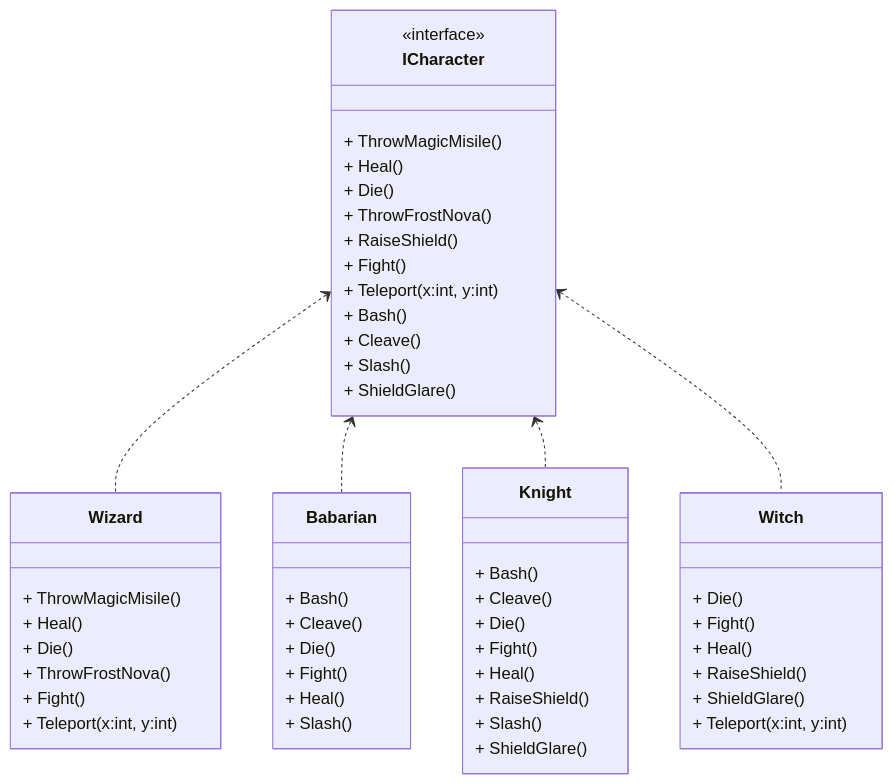
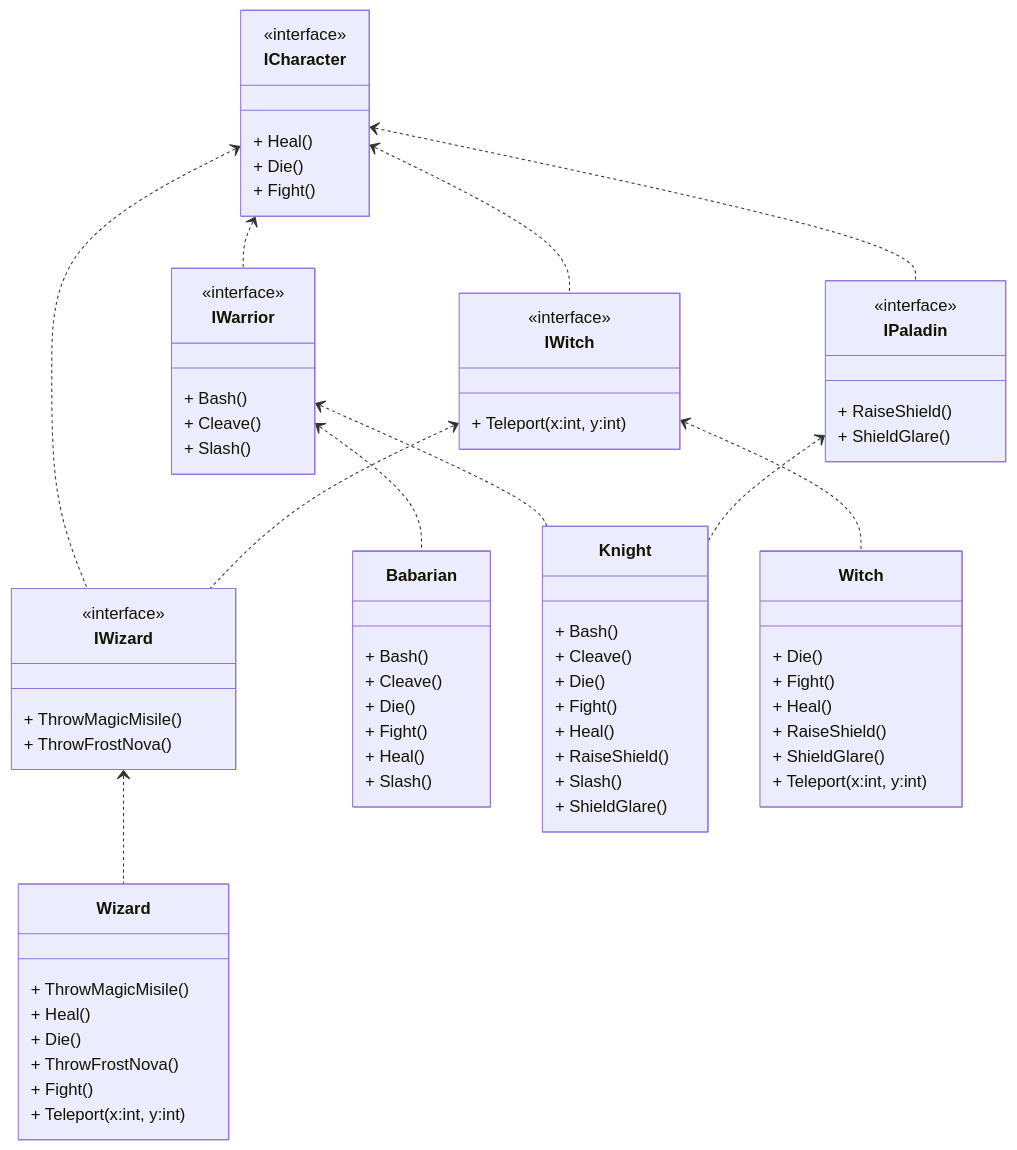
Before and after one commit to andr515i/Interface-Segregation: the diagram in README.md, drawn with Mermaid.

````diff
--- a/README.md
+++ b/README.md
@@ -1,57 +1,82 @@
 ```mermaid
 classDiagram
     class ICharacter{
         <<interface>>
-        + ThrowMagicMisile()
         + Heal()
         + Die()
+
+        + Fight()
+
+
+
+    }
+    class IWizard{
+    <<interface>>
+            + ThrowMagicMisile()
         + ThrowFrostNova()
-        + RaiseShield()
-        + Fight()
-        + Teleport(x:int, y:int)
-        + Bash()
+
+        }
+
+    class IWarrior {
+        <<interface>>
+                + Bash()
         + Cleave()
         + Slash()
-        + ShieldGlare()
+    }
+        class IPaladin {
+        <<interface>>
+                + RaiseShield()
+                        + ShieldGlare()
+    }
+        class IWitch {
+        <<interface>>
+                + Teleport(x:int, y:int)
     }
     class Wizard{
         + ThrowMagicMisile()
         + Heal()
         + Die()
         + ThrowFrostNova()
         + Fight()
         + Teleport(x:int, y:int)
     }
     class Babarian{
         + Bash()
         + Cleave()
         + Die()
         + Fight()
         + Heal()
         + Slash()
     }
     class Knight{
         + Bash()
         + Cleave()
         + Die()
         + Fight()
         + Heal()
         + RaiseShield()
         + Slash()
         + ShieldGlare()
     }
     class Witch{
         + Die()
         + Fight()
         + Heal()
         + RaiseShield()
         + ShieldGlare()
         + Teleport(x:int, y:int)
     }
 
-    ICharacter <.. Wizard
-    ICharacter <.. Babarian
-    ICharacter <.. Knight
-    ICharacter <.. Witch
+    ICharacter <.. IWizard
+    ICharacter <.. IWarrior
+    ICharacter <.. IPaladin
+    ICharacter <.. IWitch
+    IWizard <.. Wizard
+    IWarrior <.. Babarian 
+    IWarrior <.. Knight
+    IPaladin <.. Knight
+    IWitch <.. Witch
+    IWitch <.. IWizard
+
 
 ```
````
